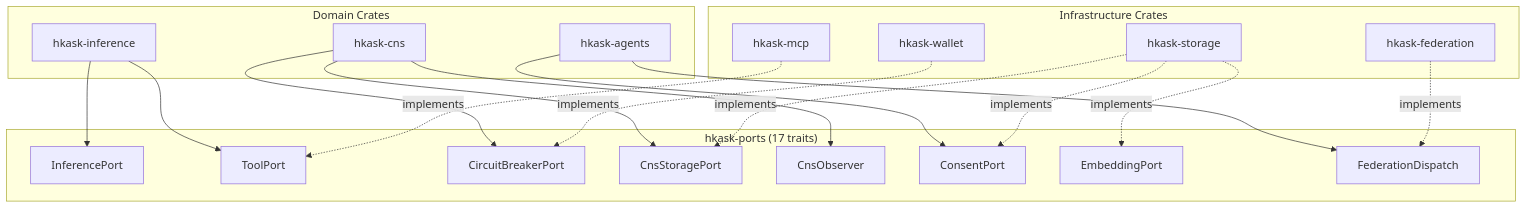
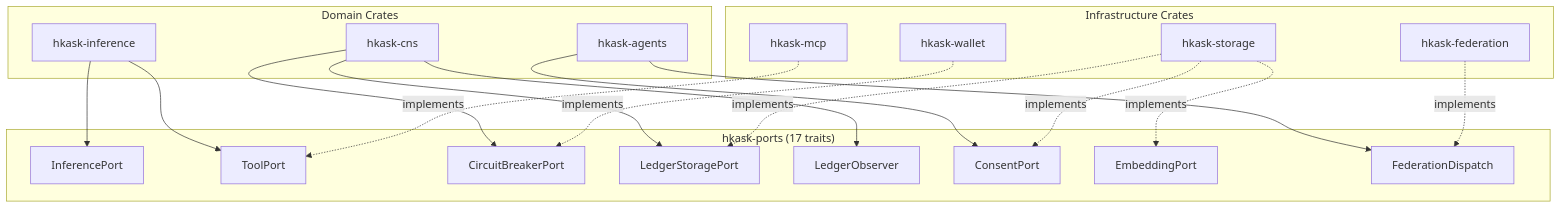
Before and after one commit to mdz-axo/hKask: the first of 15 diagrams in docs/explanation/architecture-patterns.md, drawn with Mermaid. The commit also changed other lines of this file and 35 other files, not shown here.

````diff
--- a/docs/explanation/architecture-patterns.md
+++ b/docs/explanation/architecture-patterns.md
@@ -62,41 +62,41 @@
 ```mermaid
 flowchart TD
     subgraph "Domain Crates"
         CNS["hkask-cns"]
         AGENTS["hkask-agents"]
         INFER["hkask-inference"]
     end
 
     subgraph "hkask-ports (17 traits)"
         IP["InferencePort"]
         TP["ToolPort"]
         CBP["CircuitBreakerPort"]
-        CSP["CnsStoragePort"]
-        CNO["CnsObserver"]
+        CSP["LedgerStoragePort"]
+        CNO["LedgerObserver"]
         CP["ConsentPort"]
         EP["EmbeddingPort"]
         FD["FederationDispatch"]
     end
 
     subgraph "Infrastructure Crates"
         STORE["hkask-storage"]
         MCP["hkask-mcp"]
         FED["hkask-federation"]
         WALLET["hkask-wallet"]
     end
 
     CNS --> CBP
     CNS --> CSP
     CNS --> CNO
     AGENTS --> CP
     AGENTS --> FD
     INFER --> IP
     INFER --> TP
 
     STORE -.implements.-> EP
     STORE -.implements.-> CSP
     STORE -.implements.-> CP
     MCP -.implements.-> TP
     FED -.implements.-> FD
     WALLET -.implements.-> CBP
 ```
````
